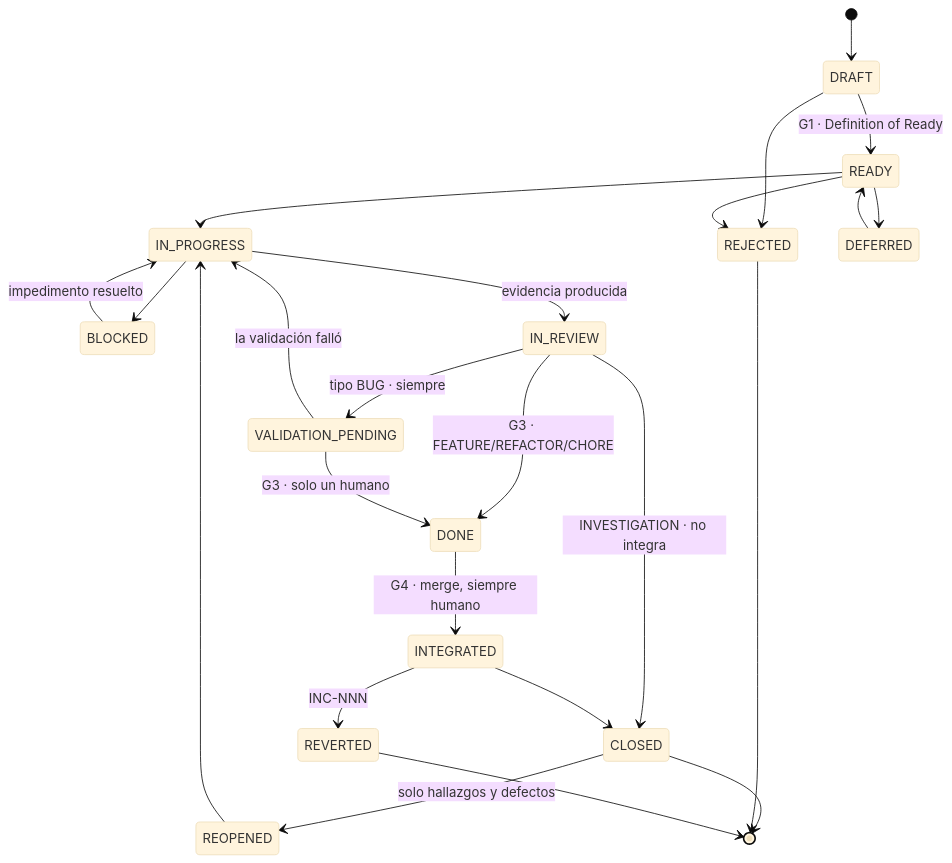
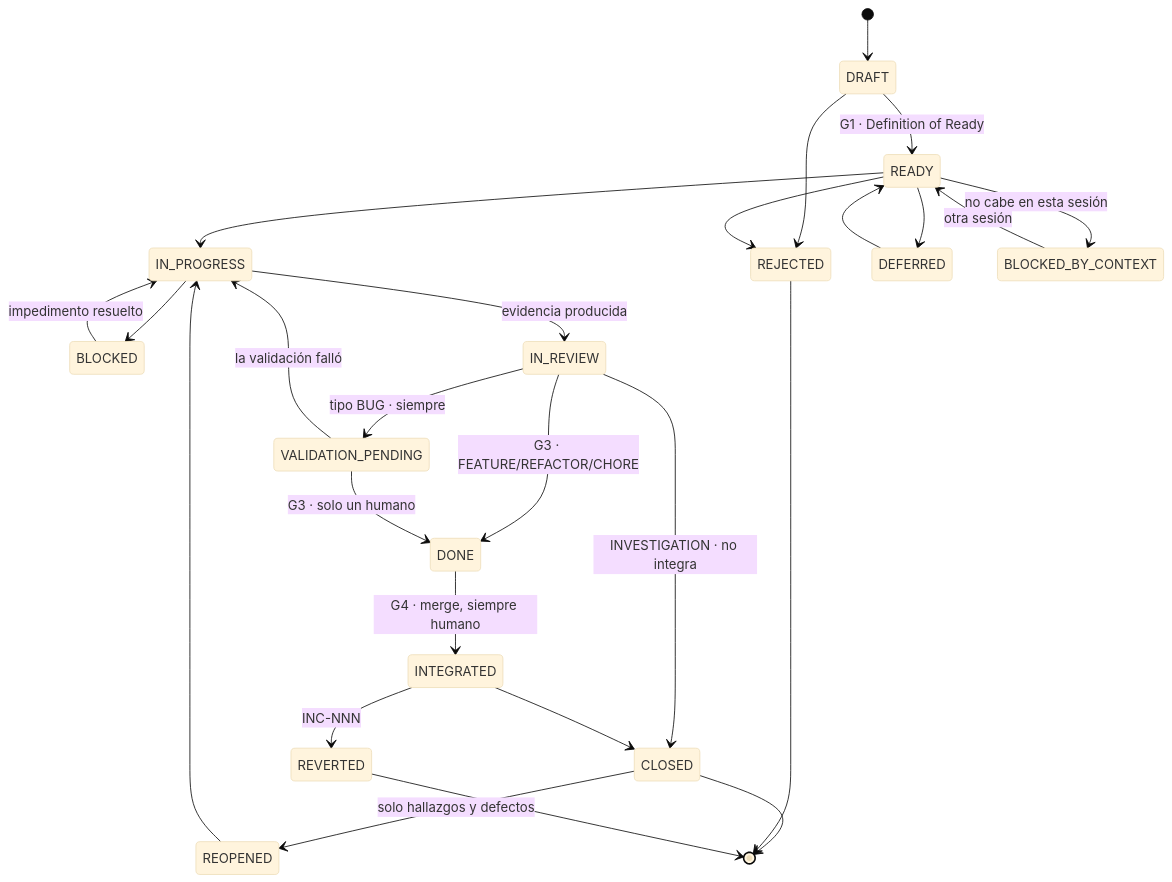
The diagram in docs/methodology/LEXICON.md (a81Biz/cauce), drawn with Mermaid (base theme) before and after one commit. The commit also changed other lines of this file and 9 other files, not shown here.

````diff
--- a/docs/methodology/LEXICON.md
+++ b/docs/methodology/LEXICON.md
@@ -288,29 +289,31 @@
 ```mermaid
 stateDiagram-v2
     [*] --> DRAFT
     DRAFT --> READY : G1 · Definition of Ready
     DRAFT --> REJECTED
     READY --> IN_PROGRESS
     READY --> DEFERRED
     READY --> REJECTED
     DEFERRED --> READY
     IN_PROGRESS --> BLOCKED
     BLOCKED --> IN_PROGRESS : impedimento resuelto
+    READY --> BLOCKED_BY_CONTEXT : no cabe en esta sesión
+    BLOCKED_BY_CONTEXT --> READY : otra sesión
     IN_PROGRESS --> IN_REVIEW : evidencia producida
 
     IN_REVIEW --> VALIDATION_PENDING : tipo BUG · siempre
     IN_REVIEW --> DONE : G3 · FEATURE/REFACTOR/CHORE
     VALIDATION_PENDING --> DONE : G3 · solo un humano
     VALIDATION_PENDING --> IN_PROGRESS : la validación falló
 
     IN_REVIEW --> CLOSED : INVESTIGATION · no integra
     DONE --> INTEGRATED : G4 · merge, siempre humano
     INTEGRATED --> CLOSED
     INTEGRATED --> REVERTED : INC-NNN
 
     REOPENED --> IN_PROGRESS
     CLOSED --> REOPENED : solo hallazgos y defectos
     CLOSED --> [*]
     REJECTED --> [*]
     REVERTED --> [*]
 ```
````
